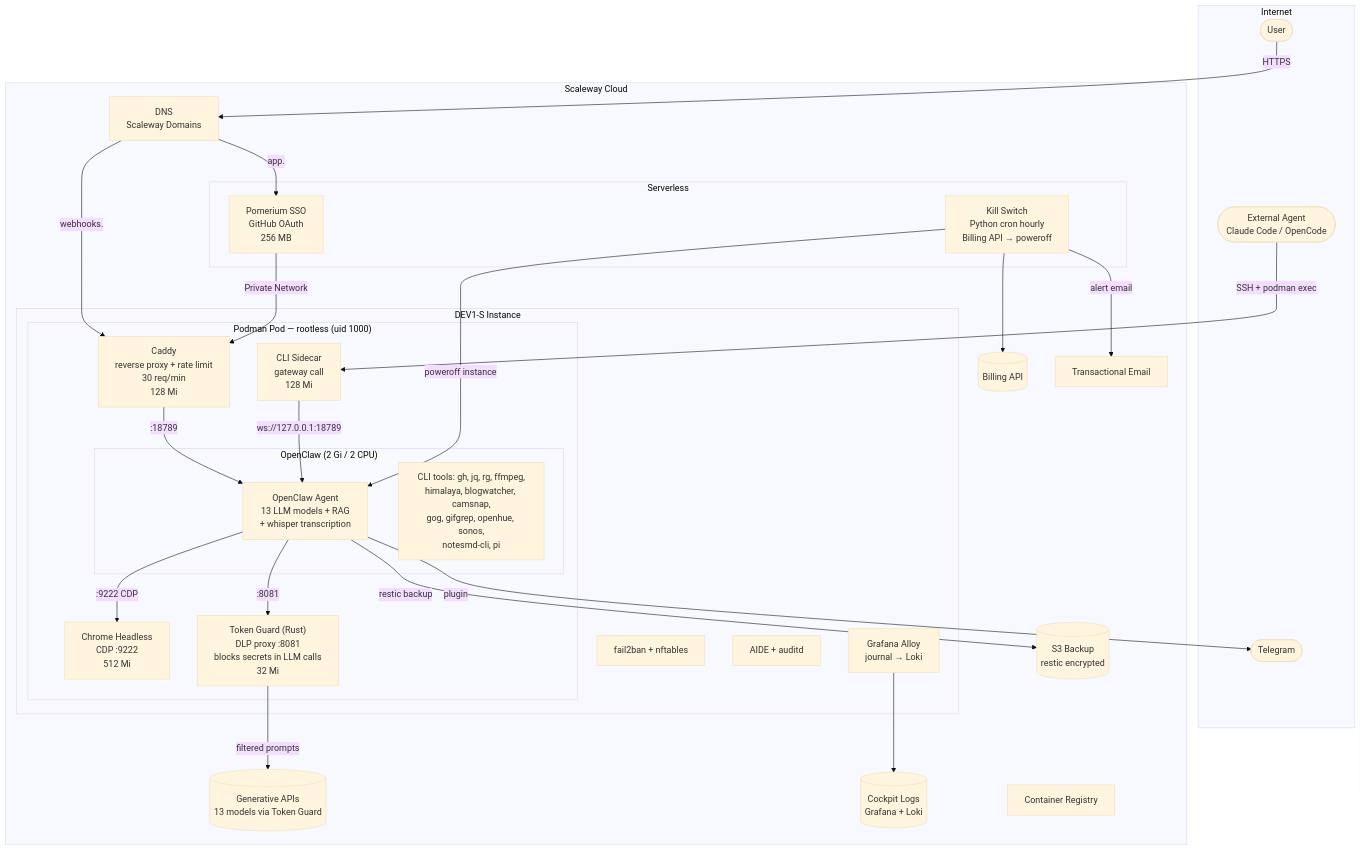
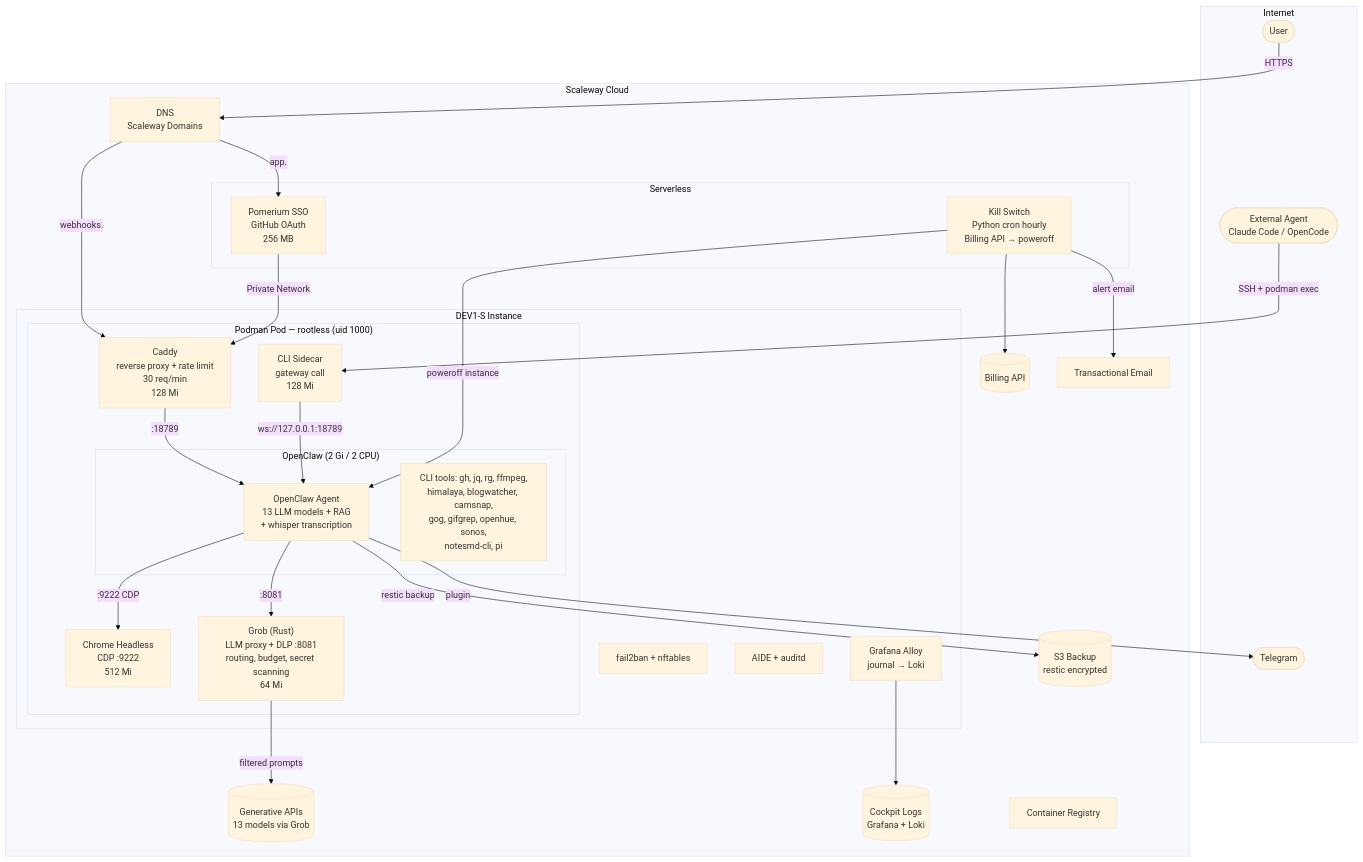
One commit to Destynova2/openclaw-scaleway changed the diagram in README.md. Above: the diagram before and after it, drawn with Mermaid (base theme). The commit also changed other lines of this file and 15 other files, not shown here.

First line of the commit message:
feat!: replace Token Guard with Grob LLM proxy (#3)

````diff
--- a/README.md
+++ b/README.md
@@ -7,58 +7,58 @@
 ```mermaid
 graph TB
     subgraph Internet
         User([User])
         ExtAgent([External Agent<br/>Claude Code / OpenCode])
         Telegram([Telegram])
     end
 
     subgraph Scaleway Cloud
         subgraph Serverless
             Pomerium[Pomerium SSO<br/>GitHub OAuth<br/>256 MB]
             KillSwitch[Kill Switch<br/>Python cron hourly<br/>Billing API → poweroff]
         end
 
         BillingAPI[(Billing API)]
-        GenAI[(Generative APIs<br/>13 models via Token Guard)]
+        GenAI[(Generative APIs<br/>13 models via Grob)]
         TEM[Transactional Email]
         Cockpit[(Cockpit Logs<br/>Grafana + Loki)]
         DNS[DNS<br/>Scaleway Domains]
         Registry[Container Registry]
         S3[(S3 Backup<br/>restic encrypted)]
 
         subgraph DEV1-S Instance
             subgraph "Podman Pod — rootless (uid 1000)"
                 subgraph "OpenClaw (2 Gi / 2 CPU)"
                     OC["OpenClaw Agent<br/>13 LLM models + RAG<br/>+ whisper transcription"]
                     Tools["CLI tools: gh, jq, rg, ffmpeg,<br/>himalaya, blogwatcher, camsnap,<br/>gog, gifgrep, openhue, sonos,<br/>notesmd-cli, pi"]
                 end
                 Chrome["Chrome Headless<br/>CDP :9222<br/>512 Mi"]
-                TokenGuard["Token Guard (Rust)<br/>DLP proxy :8081<br/>blocks secrets in LLM calls<br/>32 Mi"]
+                Grob["Grob (Rust)<br/>LLM proxy + DLP :8081<br/>routing, budget, secret scanning<br/>64 Mi"]
                 Caddy["Caddy<br/>reverse proxy + rate limit<br/>30 req/min<br/>128 Mi"]
                 CLI["CLI Sidecar<br/>gateway call<br/>128 Mi"]
             end
             Alloy[Grafana Alloy<br/>journal → Loki]
             Fail2Ban[fail2ban + nftables]
             AIDE[AIDE + auditd]
         end
     end
 
     User -->|HTTPS| DNS
     DNS -->|app.| Pomerium
     DNS -->|webhooks.| Caddy
     Pomerium -->|Private Network| Caddy
     Caddy -->|:18789| OC
     OC -->|:9222 CDP| Chrome
-    OC -->|:8081| TokenGuard
-    TokenGuard -->|filtered prompts| GenAI
+    OC -->|:8081| Grob
+    Grob -->|filtered prompts| GenAI
     CLI -->|ws://127.0.0.1:18789| OC
     OC -->|plugin| Telegram
 
     ExtAgent -->|SSH + podman exec| CLI
 
     KillSwitch --> BillingAPI
     KillSwitch -->|poweroff instance| OC
     KillSwitch -->|alert email| TEM
     Alloy --> Cockpit
     OC -->|restic backup| S3
 ```
````
